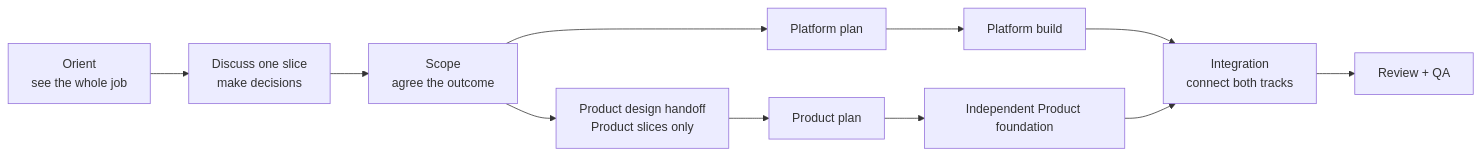
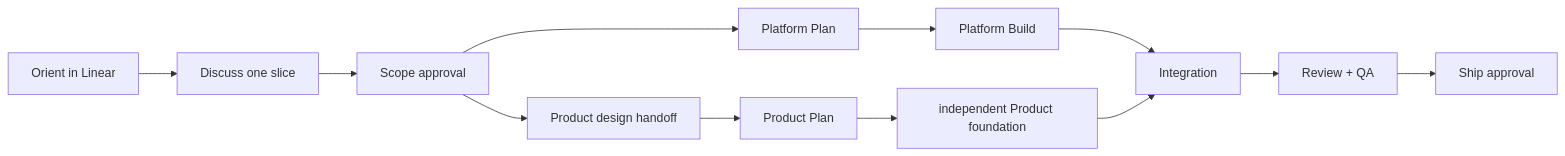
The diagram in docs/workflow.md (EmmanuelBaah27/taisa), drawn with Mermaid before and after one commit. The commit also changed other lines of this file and 8 other files, not shown here.

First line of the commit message:
docs: make Linear the sole live delivery authority (#14)

````diff
--- a/docs/workflow.md
+++ b/docs/workflow.md
@@ -86,13 +82,14 @@
 ```mermaid
 flowchart LR
-  O["Orient<br/>see the whole job"] --> D["Discuss one slice<br/>make decisions"]
-  D --> S["Scope<br/>agree the outcome"]
-  S --> PP["Platform plan"]
-  S --> PD["Product design handoff<br/>Product slices only"]
-  PP --> PB["Platform build"]
-  PD --> PRP["Product plan"]
-  PRP --> PF["Independent Product foundation"]
-  PB --> I["Integration<br/>connect both tracks"]
+  O["Orient in Linear"] --> D["Discuss one slice"]
+  D --> S["Scope approval"]
+  S --> PP["Platform Plan"]
+  S --> DH["Product design handoff"]
+  DH --> PRP["Product Plan"]
+  PP --> PB["Platform Build"]
+  PRP --> PF["independent Product foundation"]
+  PB --> I["Integration"]
   PF --> I
   I --> R["Review + QA"]
+  R --> SH["Ship approval"]
 ```
````
